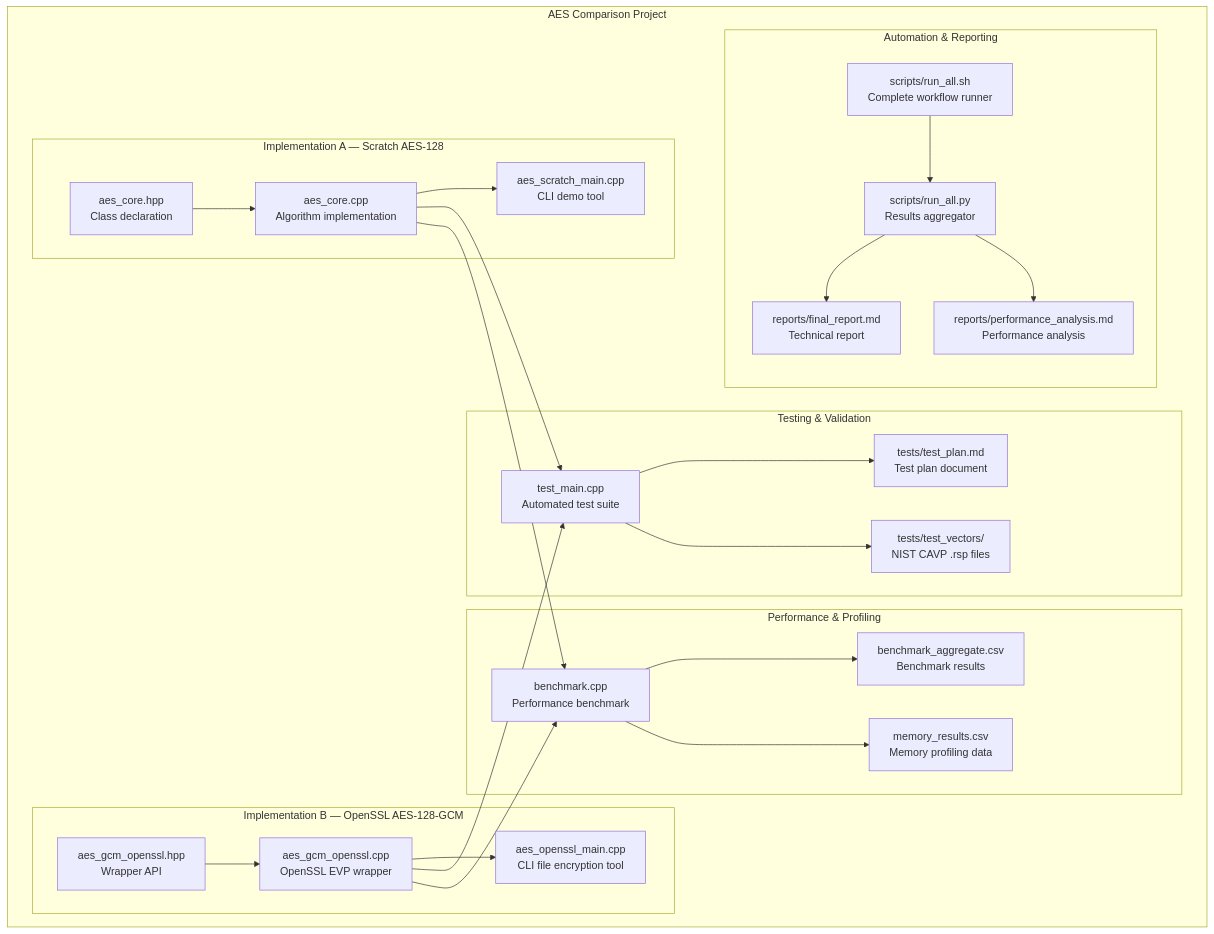
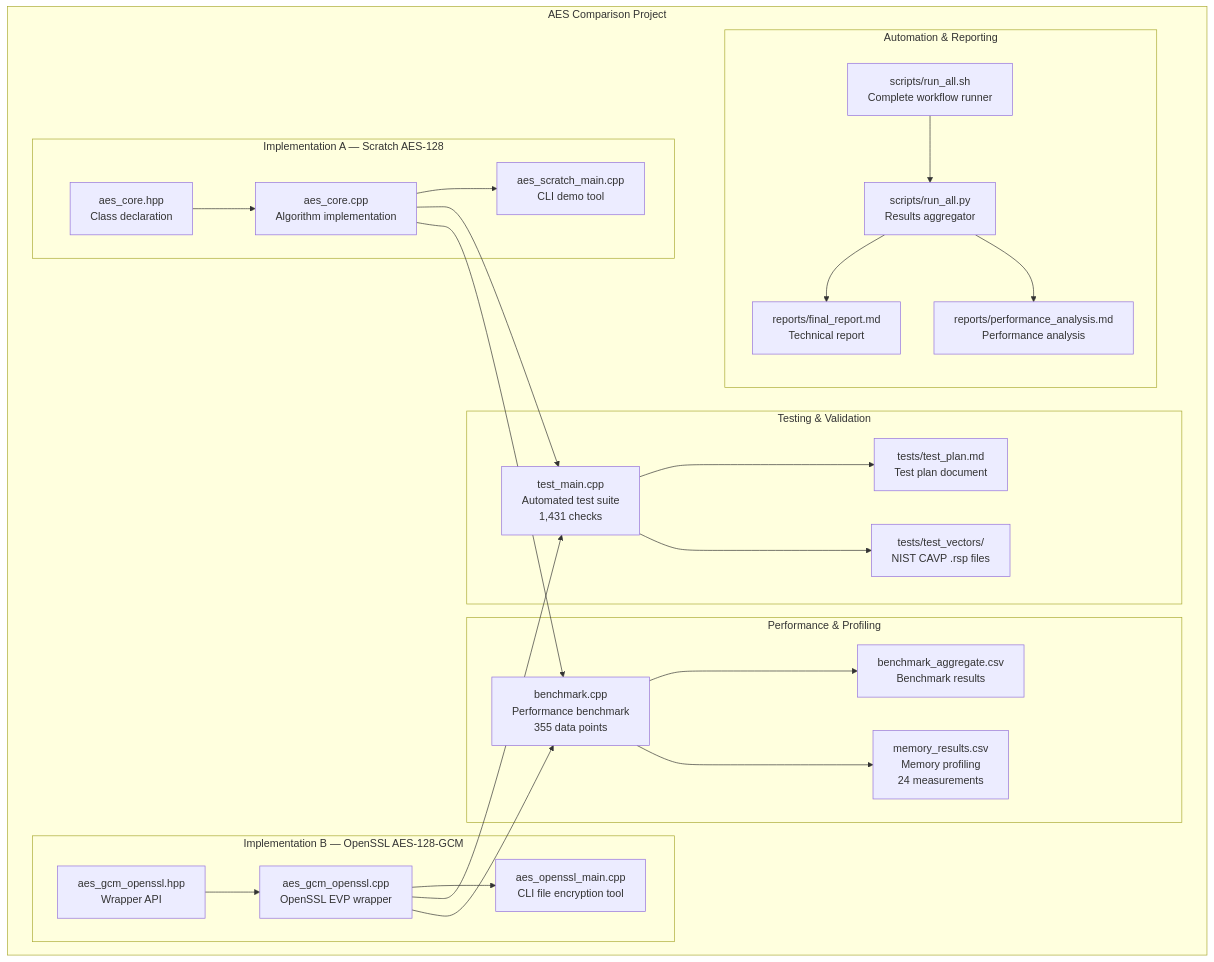
The first of 9 diagrams in docs/architecture.md (adhamhaithameid/aes-comparison-lab), drawn with Mermaid before and after one commit. The commit also changed other lines of this file and 9 other files, not shown here.

````diff
--- a/docs/architecture.md
+++ b/docs/architecture.md
@@ -16,51 +16,51 @@
 ```mermaid
 graph TB
     subgraph "AES Comparison Project"
         subgraph "Implementation A — Scratch AES-128"
             A1[aes_core.hpp<br/>Class declaration]
             A2[aes_core.cpp<br/>Algorithm implementation]
             A3[aes_scratch_main.cpp<br/>CLI demo tool]
         end
 
         subgraph "Implementation B — OpenSSL AES-128-GCM"
             B1[aes_gcm_openssl.hpp<br/>Wrapper API]
             B2[aes_gcm_openssl.cpp<br/>OpenSSL EVP wrapper]
             B3[aes_openssl_main.cpp<br/>CLI file encryption tool]
         end
 
         subgraph "Testing & Validation"
-            T1[test_main.cpp<br/>Automated test suite]
+            T1[test_main.cpp<br/>Automated test suite<br/>1,431 checks]
             T2[tests/test_plan.md<br/>Test plan document]
             T3[tests/test_vectors/<br/>NIST CAVP .rsp files]
         end
 
         subgraph "Performance & Profiling"
-            BM[benchmark.cpp<br/>Performance benchmark]
-            MR[memory_results.csv<br/>Memory profiling data]
+            BM[benchmark.cpp<br/>Performance benchmark<br/>355 data points]
+            MR[memory_results.csv<br/>Memory profiling<br/>24 measurements]
             BR[benchmark_aggregate.csv<br/>Benchmark results]
         end
 
         subgraph "Automation & Reporting"
             S1[scripts/run_all.sh<br/>Complete workflow runner]
             S2[scripts/run_all.py<br/>Results aggregator]
             S3[reports/final_report.md<br/>Technical report]
             S4[reports/performance_analysis.md<br/>Performance analysis]
         end
     end
 
     A1 --> A2
     A2 --> A3
     B1 --> B2
     B2 --> B3
     A2 --> T1
     B2 --> T1
     T1 --> T2
     T1 --> T3
     A2 --> BM
     B2 --> BM
     BM --> BR
     BM --> MR
     S1 --> S2
     S2 --> S3
     S2 --> S4
 ```
````
